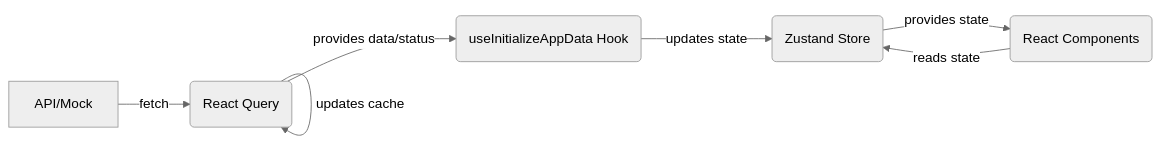
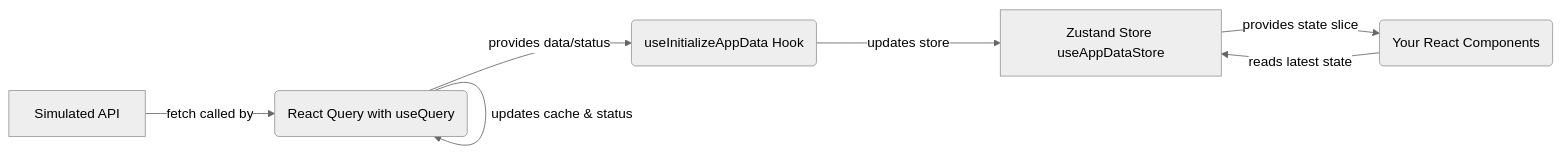
Before and after one commit to nickPattLB303/react-native-examples: the diagram in SpeedyMeds/docs/setup/data-fetching-react-query-setup.md, drawn with Mermaid (neutral theme). The commit also changed other lines of this file and 1 other file, not shown here.

First line of the commit message:
Revise documentation for app configuration and data fetching in SpeedyMeds

````diff
--- a/SpeedyMeds/docs/setup/data-fetching-react-query-setup.md
+++ b/SpeedyMeds/docs/setup/data-fetching-react-query-setup.md
@@ -189,9 +176,9 @@
 ```mermaid
 graph LR
-    A[API/Mock] -->|fetch| B(React Query);
-    B -->|updates cache| B;
+    A[Simulated API] -->|fetch called by| B(React Query with useQuery);
+    B -->|updates cache & status| B;
     B -->|provides data/status| C(useInitializeAppData Hook);
-    C -->|updates state| D(Zustand Store);
-    D -->|provides state| E(React Components);
-    E -->|reads state| D;
-```
+    C -->|updates store| D[Zustand Store useAppDataStore];
+    D -->|provides state slice| E(Your React Components);
+    E -->|reads latest state| D;
+``` 
````
